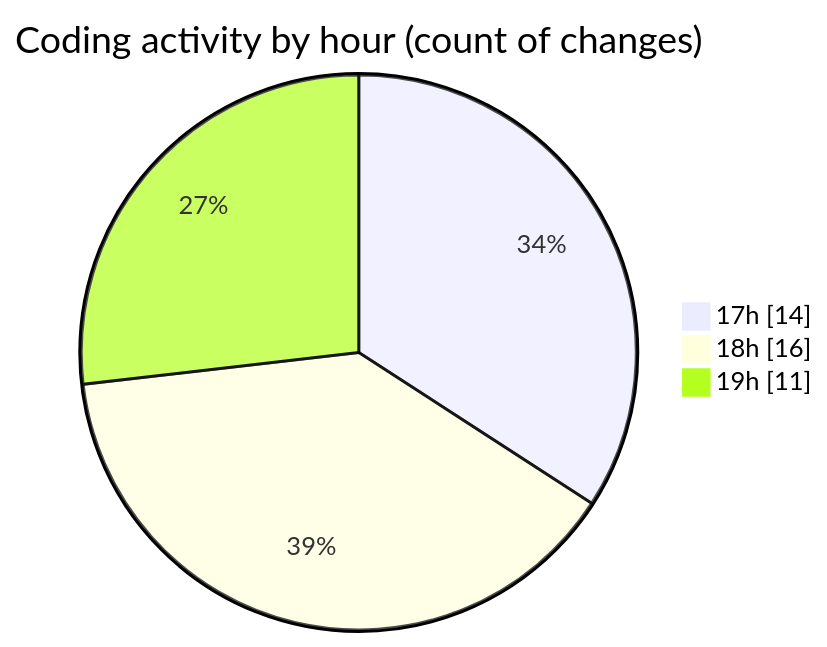
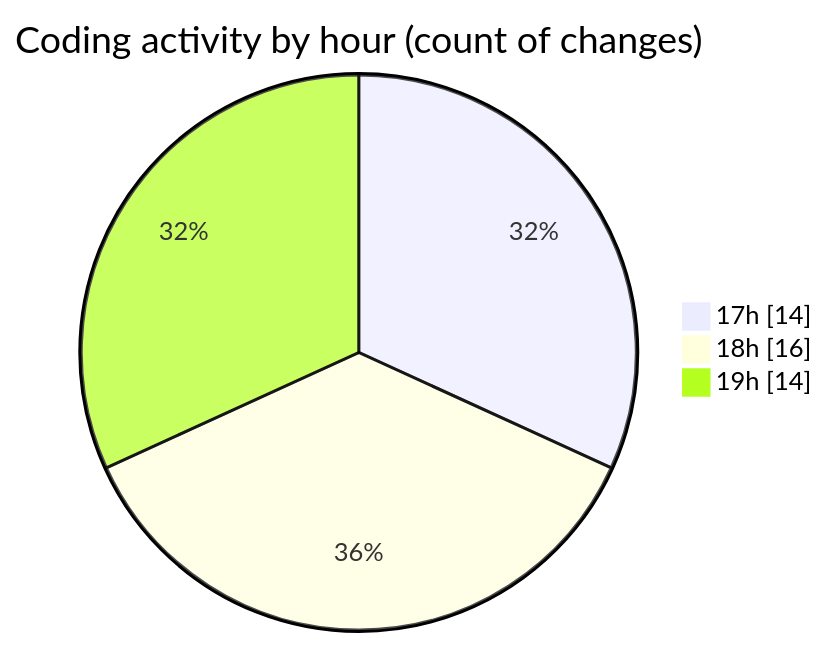
The second of 2 diagrams in 2025-05-01/jmasm/README.md (charlie-sans/code-tracking), drawn with Mermaid before and after one commit. The commit also changed other lines of this file and 1 other file, not shown here.

````diff
--- a/2025-05-01/jmasm/README.md
+++ b/2025-05-01/jmasm/README.md
@@ -39,7 +39,7 @@
 ```mermaid
 pie showData
 title Coding activity by hour (count of changes)
 "17h" : 14
 "18h" : 16
-"19h" : 11
+"19h" : 14
 ```
````
